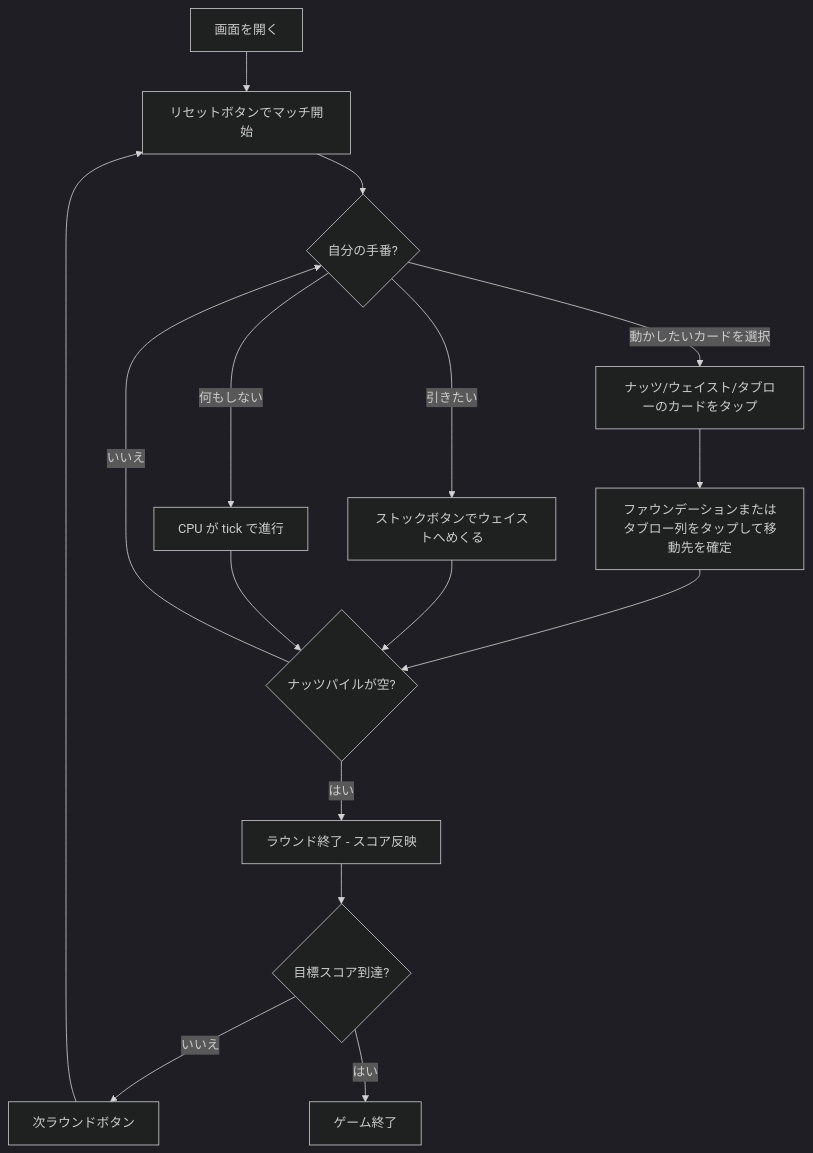
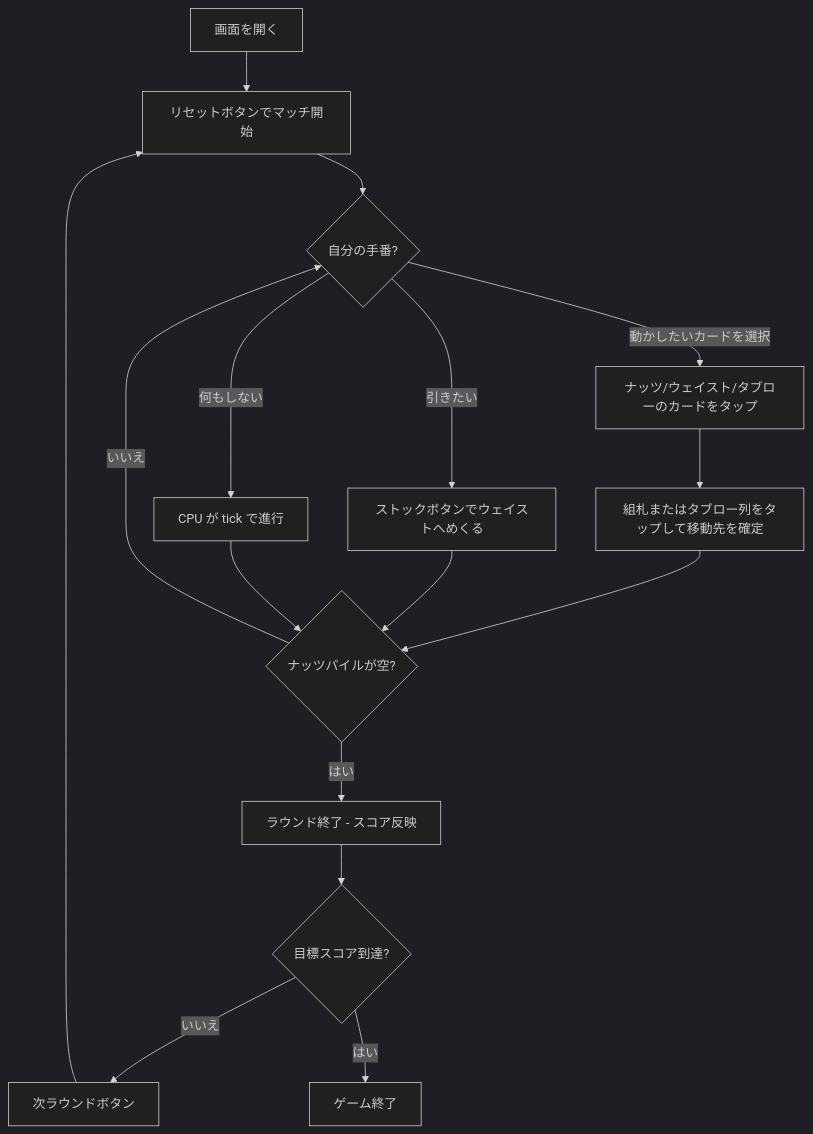
The diagram in docs/manual/web/nertz.md (yuta-yoshinaga/go_trumpcards), drawn with Mermaid (dark theme) before and after one commit. The commit also changed other lines of this file and 33 other files, not shown here.

````diff
--- a/docs/manual/web/nertz.md
+++ b/docs/manual/web/nertz.md
@@ -37,18 +37,18 @@
 ```mermaid
 flowchart TD
     A[画面を開く] --> B[リセットボタンでマッチ開始]
     B --> C{自分の手番?}
     C -- 動かしたいカードを選択 --> D[ナッツ/ウェイスト/タブローのカードをタップ]
-    D --> E[ファウンデーションまたはタブロー列をタップして移動先を確定]
+    D --> E[組札またはタブロー列をタップして移動先を確定]
     C -- 引きたい --> F[ストックボタンでウェイストへめくる]
     C -- 何もしない --> G[CPU が tick で進行]
     E --> H{ナッツパイルが空?}
     F --> H
     G --> H
     H -- いいえ --> C
     H -- はい --> I[ラウンド終了 - スコア反映]
     I --> J{目標スコア到達?}
     J -- いいえ --> K[次ラウンドボタン]
     K --> B
     J -- はい --> L[ゲーム終了]
 ```
````
